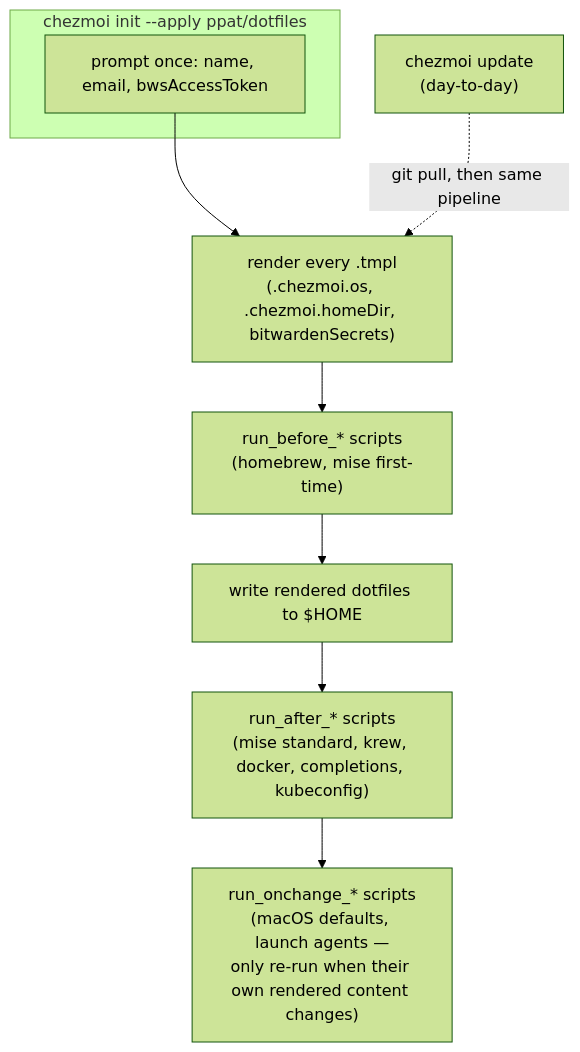
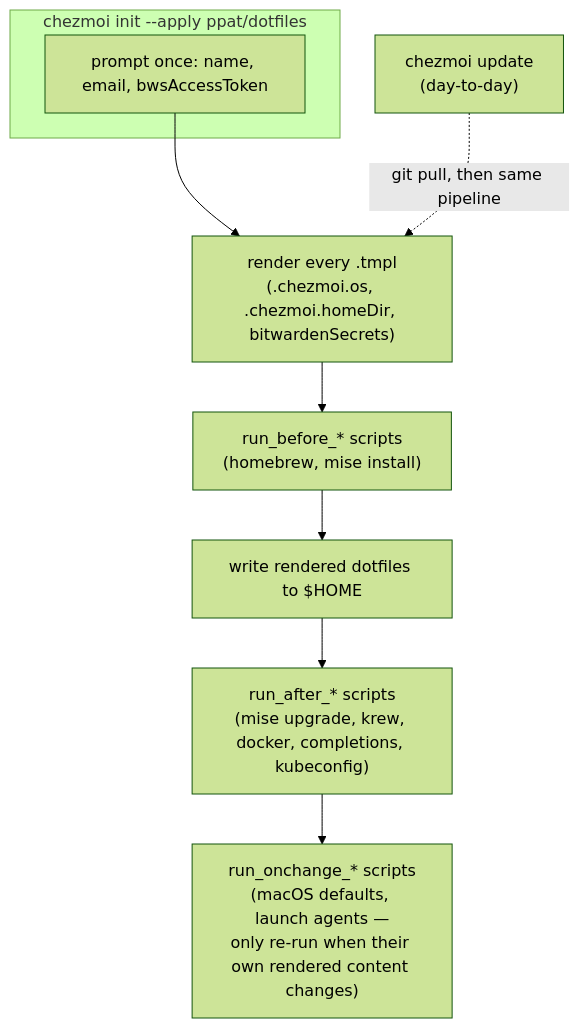
The first of 3 diagrams in DESIGN.md (ppat/dotfiles), drawn with Mermaid (forest theme) before and after one commit. The commit also changed other lines of this file and 10 other files, not shown here.

First line of the commit message:
feat(dev-tools): collapse the first-time/standard mise setup into a single script (#753)

````diff
--- a/DESIGN.md
+++ b/DESIGN.md
@@ -18,13 +18,13 @@
 ```mermaid
 flowchart TD
     subgraph Bootstrap["chezmoi init --apply ppat/dotfiles"]
         Prompt["prompt once: name, email, bwsAccessToken"]
     end
     Prompt --> Render["render every .tmpl\n(.chezmoi.os, .chezmoi.homeDir, bitwardenSecrets)"]
-    Render --> Before["run_before_* scripts\n(homebrew, mise first-time)"]
+    Render --> Before["run_before_* scripts\n(homebrew, mise install)"]
     Before --> Write["write rendered dotfiles to $HOME"]
-    Write --> After["run_after_* scripts\n(mise standard, krew, docker, completions, kubeconfig)"]
+    Write --> After["run_after_* scripts\n(mise upgrade, krew, docker, completions, kubeconfig)"]
     After --> OnChange["run_onchange_* scripts\n(macOS defaults, launch agents —\nonly re-run when their own rendered content changes)"]
 
     Update["chezmoi update\n(day-to-day)"] -.->|git pull, then same pipeline| Render
 ```
````
